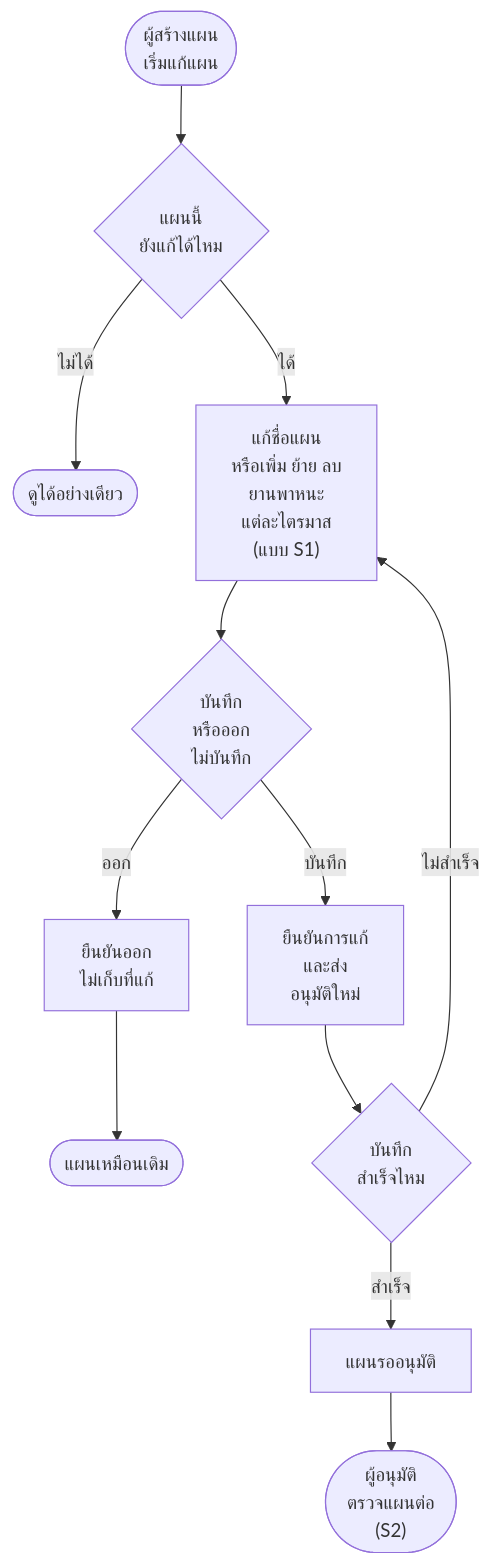
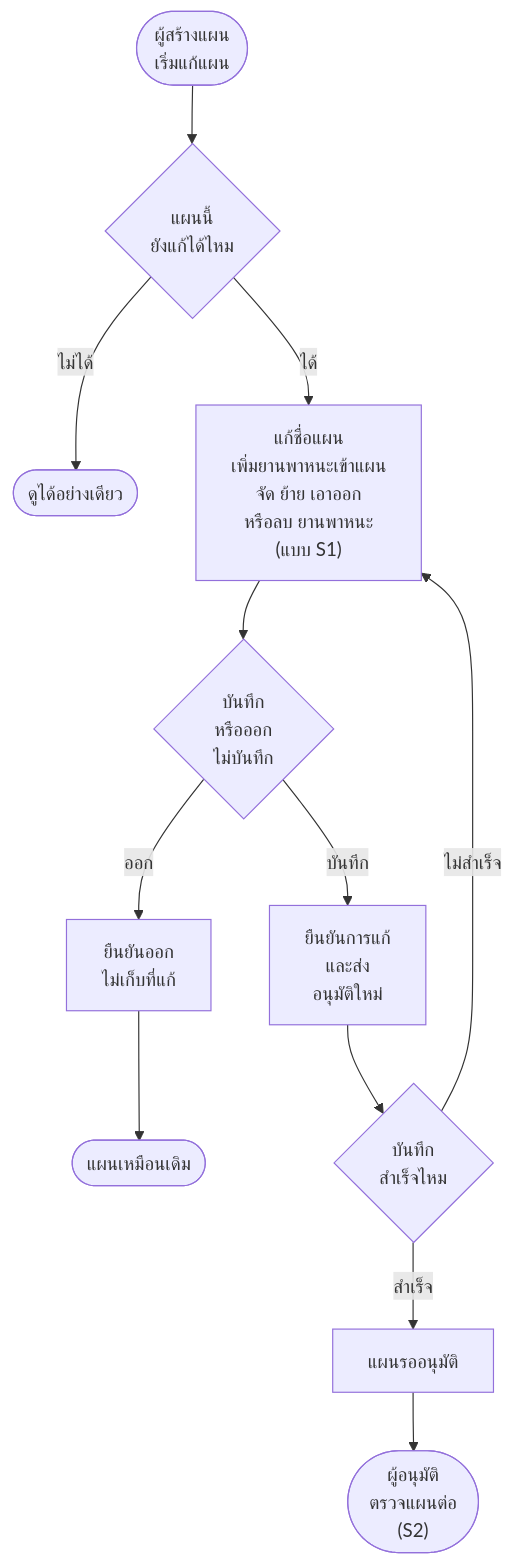
The third of 17 diagrams in Diagram/01-บำรุงรักษาตามวาระ/27-บำรุงรักษา-flowchart-กิจกรรม.md (anugmail/Maintenance-Request-Form), drawn with Mermaid before and after one commit. The commit also changed other lines of this file and 9 other files, not shown here.

````diff
--- a/Diagram/01-บำรุงรักษาตามวาระ/27-บำรุงรักษา-flowchart-กิจกรรม.md
+++ b/Diagram/01-บำรุงรักษาตามวาระ/27-บำรุงรักษา-flowchart-กิจกรรม.md
@@ -69,14 +72,14 @@
 ```mermaid
 flowchart TD
     S(["ผู้สร้างแผน<br/>เริ่มแก้แผน"]) --> Q1{"แผนนี้<br/>ยังแก้ได้ไหม"}
     Q1 -->|ไม่ได้| E1(["ดูได้อย่างเดียว"])
-    Q1 -->|ได้| A2["แก้ชื่อแผน<br/>หรือเพิ่ม ย้าย ลบ<br/>ยานพาหนะ<br/>แต่ละไตรมาส<br/>(แบบ S1)"]
+    Q1 -->|ได้| A2["แก้ชื่อแผน<br/>เพิ่มยานพาหนะเข้าแผน<br/>จัด ย้าย เอาออก<br/>หรือลบ ยานพาหนะ<br/>(แบบ S1)"]
     A2 --> Q3{"บันทึก<br/>หรือออก<br/>ไม่บันทึก"}
     Q3 -->|ออก| A4["ยืนยันออก<br/>ไม่เก็บที่แก้"]
     A4 --> E2(["แผนเหมือนเดิม"])
     Q3 -->|บันทึก| A5["ยืนยันการแก้<br/>และส่ง<br/>อนุมัติใหม่"]
     A5 --> Q4{"บันทึก<br/>สำเร็จไหม"}
     Q4 -->|ไม่สำเร็จ| A2
     Q4 -->|สำเร็จ| A6["แผนรออนุมัติ"]
     A6 --> E3(["ผู้อนุมัติ<br/>ตรวจแผนต่อ<br/>(S2)"])
 ```
````
